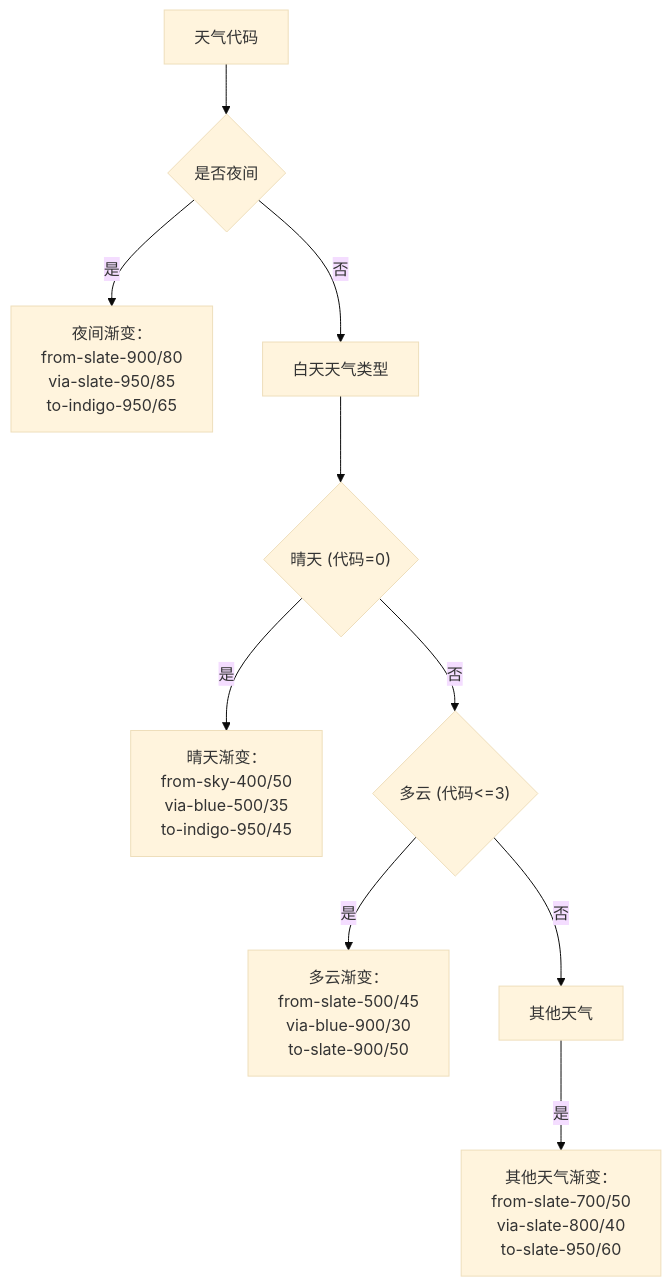
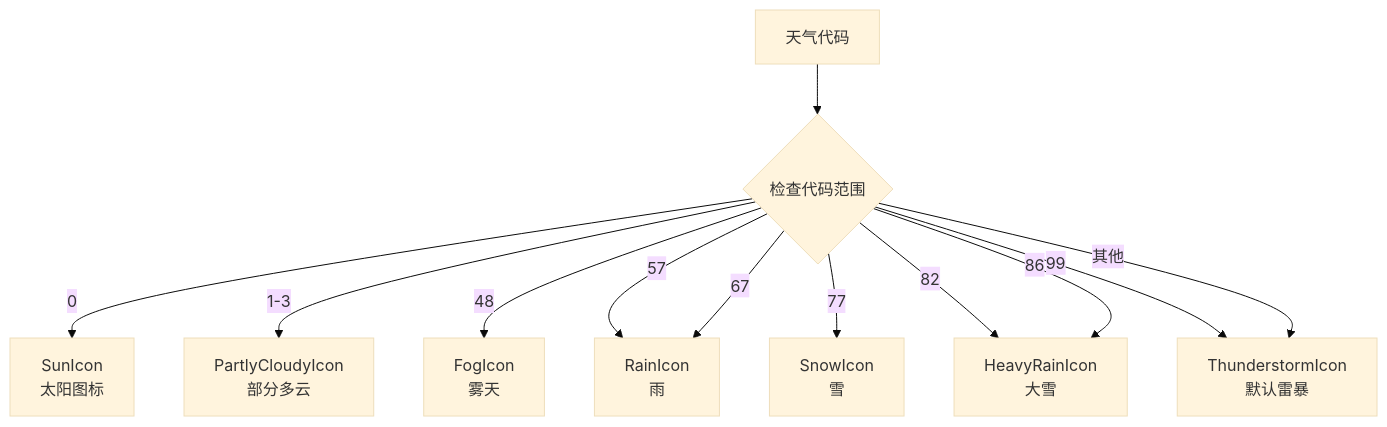
Before and after one commit to Zy0913/xtab: the seventh of 9 diagrams in .qoder/repowiki/zh/content/核心功能模块/天气组件.md, drawn with Mermaid (base theme). The commit also changed other lines of this file and 15 other files, not shown here.

````diff
--- a/.qoder/repowiki/zh/content/核心功能模块/天气组件.md
+++ b/.qoder/repowiki/zh/content/核心功能模块/天气组件.md
@@ -366,12 +480,14 @@
 ```mermaid
 flowchart TD
-WeatherCode["天气代码"] --> IsNight{"是否夜间"}
-IsNight --> |是| NightGradient["夜间渐变：<br/>from-slate-900/80<br/>via-slate-950/85<br/>to-indigo-950/65"]
-IsNight --> |否| DayWeather["白天天气类型"]
-DayWeather --> Sunny{"晴天 (代码=0)"}
-Sunny --> |是| SunnyGradient["晴天渐变：<br/>from-sky-400/50<br/>via-blue-500/35<br/>to-indigo-950/45"]
-Sunny --> |否| Cloudy{"多云 (代码<=3)"}
-Cloudy --> |是| CloudyGradient["多云渐变：<br/>from-slate-500/45<br/>via-blue-900/30<br/>to-slate-900/50"]
-Cloudy --> |否| OtherWeather["其他天气"]
-OtherWeather --> |是| OtherGradient["其他天气渐变：<br/>from-slate-700/50<br/>via-slate-800/40<br/>to-slate-950/60"]
+WeatherCode["天气代码"] --> CheckRange{"检查代码范围"}
+CheckRange --> |0| SunIcon["SunIcon<br/>太阳图标"]
+CheckRange --> |1-3| PartlyCloudyIcon["PartlyCloudyIcon<br/>部分多云"]
+CheckRange --> |48| FogIcon["FogIcon<br/>雾天"]
+CheckRange --> |57| RainIcon["RainIcon<br/>毛毛雨"]
+CheckRange --> |67| RainIcon["RainIcon<br/>雨"]
+CheckRange --> |77| SnowIcon["SnowIcon<br/>雪"]
+CheckRange --> |82| HeavyRainIcon["HeavyRainIcon<br/>大雨"]
+CheckRange --> |86| HeavyRainIcon["HeavyRainIcon<br/>大雪"]
+CheckRange --> |99| ThunderstormIcon["ThunderstormIcon<br/>雷暴"]
+CheckRange --> |其他| ThunderstormIcon["ThunderstormIcon<br/>默认雷暴"]
 ```
````
